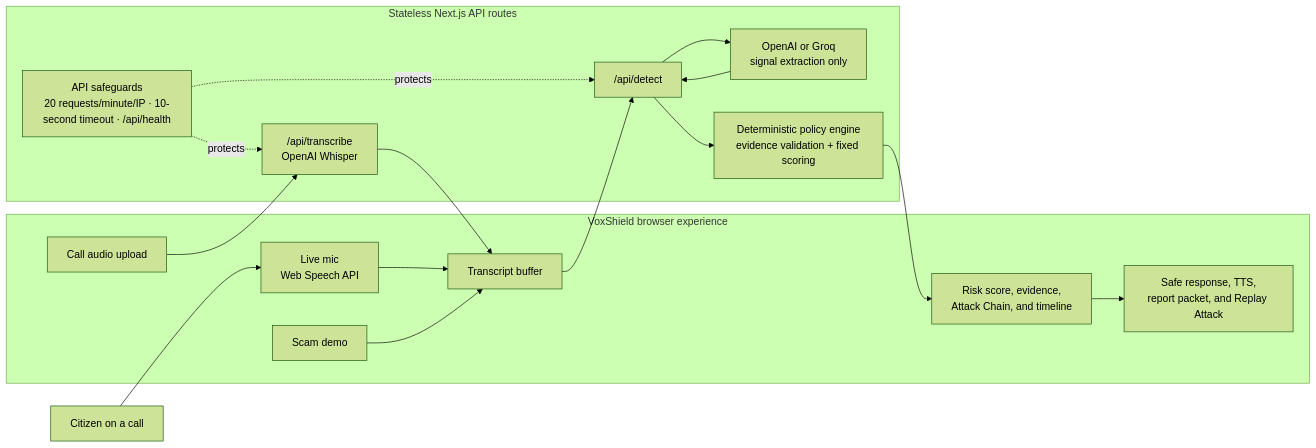
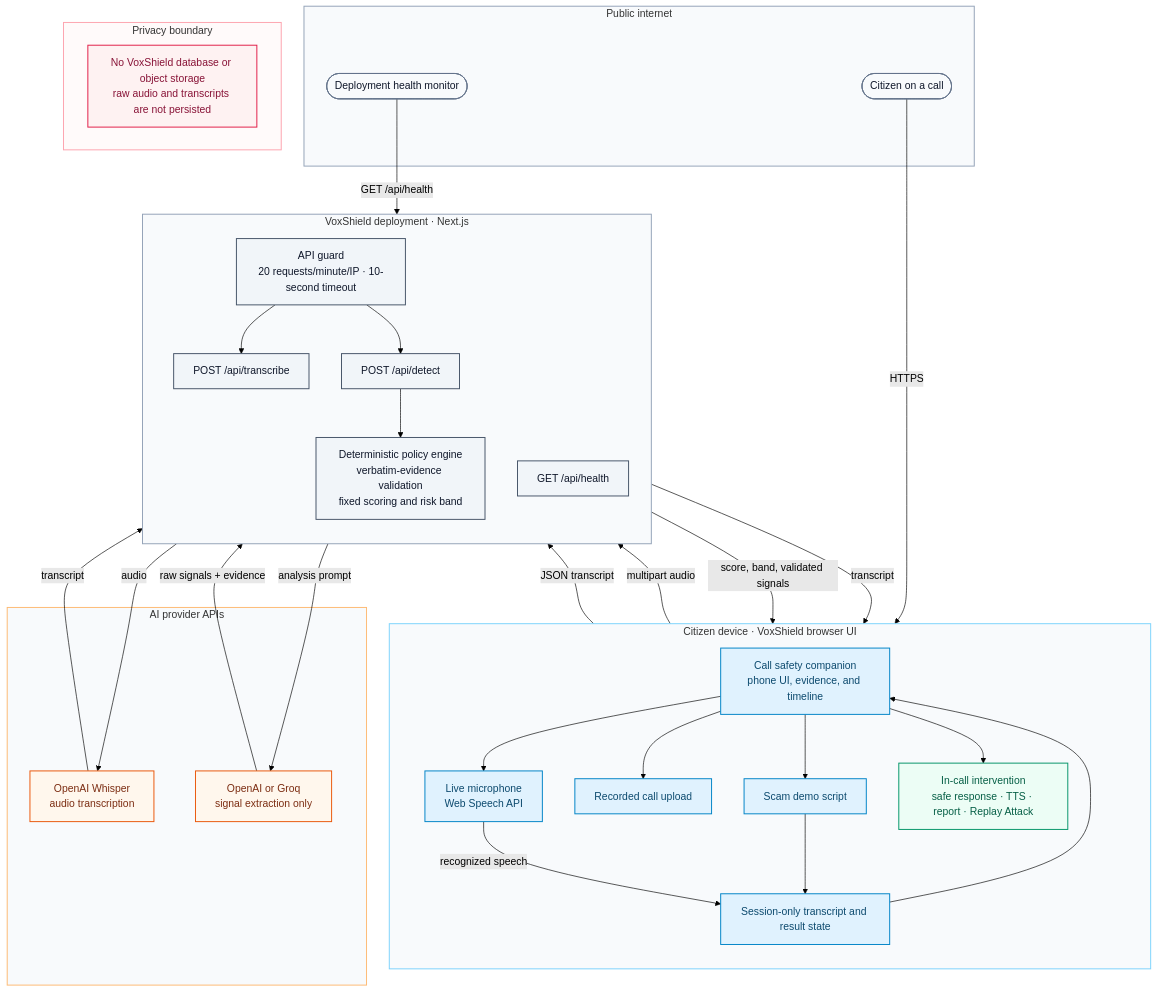
Before and after one commit to mdshzb04/voxshield: the diagram in README.md, drawn with Mermaid (forest theme).

Commit message:
Expand VoxShield architecture diagram

````diff
--- a/README.md
+++ b/README.md
@@ -13,30 +13,81 @@
 ```mermaid
-flowchart LR
-    Citizen["Citizen on a call"]
+flowchart TB
+    Citizen(["Citizen on a call"])
+    Monitor(["Deployment health monitor"])
 
-    subgraph Browser["VoxShield browser experience"]
-        Mic["Live mic\nWeb Speech API"]
-        Upload["Call audio upload"]
-        Demo["Scam demo"]
-        Transcript["Transcript buffer"]
-        Results["Risk score, evidence,\nAttack Chain, and timeline"]
-        Intervention["Safe response, TTS,\nreport packet, and Replay Attack"]
+    subgraph Public["Public internet"]
+        Citizen
+        Monitor
     end
 
-    subgraph API["Stateless Next.js API routes"]
-        Transcribe["/api/transcribe\nOpenAI Whisper"]
-        Detect["/api/detect"]
-        LLM["OpenAI or Groq\nsignal extraction only"]
-        Policy["Deterministic policy engine\nevidence validation + fixed scoring"]
-        Guard["API safeguards\n20 requests/minute/IP · 10-second timeout · /api/health"]
+    subgraph Browser["Citizen device · VoxShield browser UI"]
+        direction TB
+        UI["Call safety companion<br/>phone UI, evidence, and timeline"]
+        Mic["Live microphone<br/>Web Speech API"]
+        Upload["Recorded call upload"]
+        Demo["Scam demo script"]
+        Session["Session-only transcript and result state"]
+        Actions["In-call intervention<br/>safe response · TTS · report · Replay Attack"]
+
+        UI --> Mic
+        UI --> Upload
+        UI --> Demo
+        Mic -->|"recognized speech"| Session
+        Demo --> Session
+        Session --> UI
+        UI --> Actions
     end
 
-    Citizen --> Mic
-    Mic --> Transcript
-    Upload --> Transcribe --> Transcript
-    Demo --> Transcript
-    Transcript --> Detect --> LLM --> Detect
-    Detect --> Policy --> Results --> Intervention
-    Guard -. protects .-> Transcribe
-    Guard -. protects .-> Detect
+    subgraph App["VoxShield deployment · Next.js"]
+        direction TB
+        Guard["API guard<br/>20 requests/minute/IP · 10-second timeout"]
+        Transcribe["POST /api/transcribe"]
+        Detect["POST /api/detect"]
+        Policy["Deterministic policy engine<br/>verbatim-evidence validation<br/>fixed scoring and risk band"]
+        Health["GET /api/health"]
+
+        Guard --> Transcribe
+        Guard --> Detect
+        Detect --> Policy
+    end
+
+    subgraph Providers["AI provider APIs"]
+        Whisper["OpenAI Whisper<br/>audio transcription"]
+        Extractor["OpenAI or Groq<br/>signal extraction only"]
+    end
+
+    subgraph Privacy["Privacy boundary"]
+        NoStore["No VoxShield database or object storage<br/>raw audio and transcripts are not persisted"]
+    end
+
+    Citizen -->|"HTTPS"| UI
+    Upload -->|"multipart audio"| Transcribe
+    Transcribe -->|"audio"| Whisper
+    Whisper -->|"transcript"| Transcribe
+    Transcribe -->|"transcript"| Session
+    Session -->|"JSON transcript"| Detect
+    Detect -->|"analysis prompt"| Extractor
+    Extractor -->|"raw signals + evidence"| Detect
+    Policy -->|"score, band, validated signals"| Session
+    Monitor -->|"GET /api/health"| Health
+
+    classDef public fill:#f8fafc,stroke:#64748b,color:#0f172a,stroke-width:1.5px;
+    classDef client fill:#e0f2fe,stroke:#0284c7,color:#0c4a6e,stroke-width:1.5px;
+    classDef app fill:#f1f5f9,stroke:#475569,color:#0f172a,stroke-width:1.5px;
+    classDef provider fill:#fff7ed,stroke:#ea580c,color:#7c2d12,stroke-width:1.5px;
+    classDef output fill:#ecfdf5,stroke:#059669,color:#065f46,stroke-width:1.5px;
+    classDef privacy fill:#fef2f2,stroke:#e11d48,color:#881337,stroke-width:1.5px;
+
+    class Citizen,Monitor public;
+    class UI,Mic,Upload,Demo,Session client;
+    class Actions output;
+    class Guard,Transcribe,Detect,Policy,Health app;
+    class Whisper,Extractor provider;
+    class NoStore privacy;
+
+    style Public fill:#f8fafc,stroke:#94a3b8,stroke-width:1.5px;
+    style Browser fill:#f8fafc,stroke:#7dd3fc,stroke-width:1.5px;
+    style App fill:#f8fafc,stroke:#94a3b8,stroke-width:1.5px;
+    style Providers fill:#f8fafc,stroke:#fdba74,stroke-width:1.5px;
+    style Privacy fill:#fffafa,stroke:#fda4af,stroke-width:1.5px;
 ```
````
